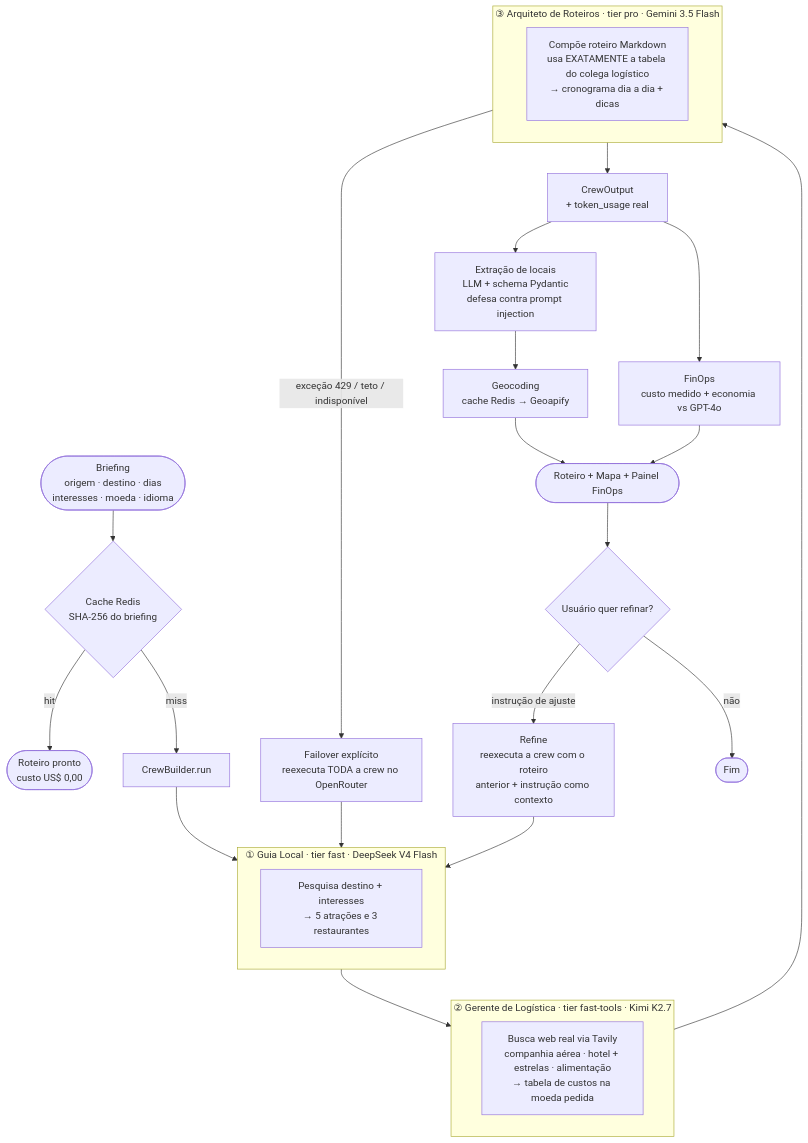
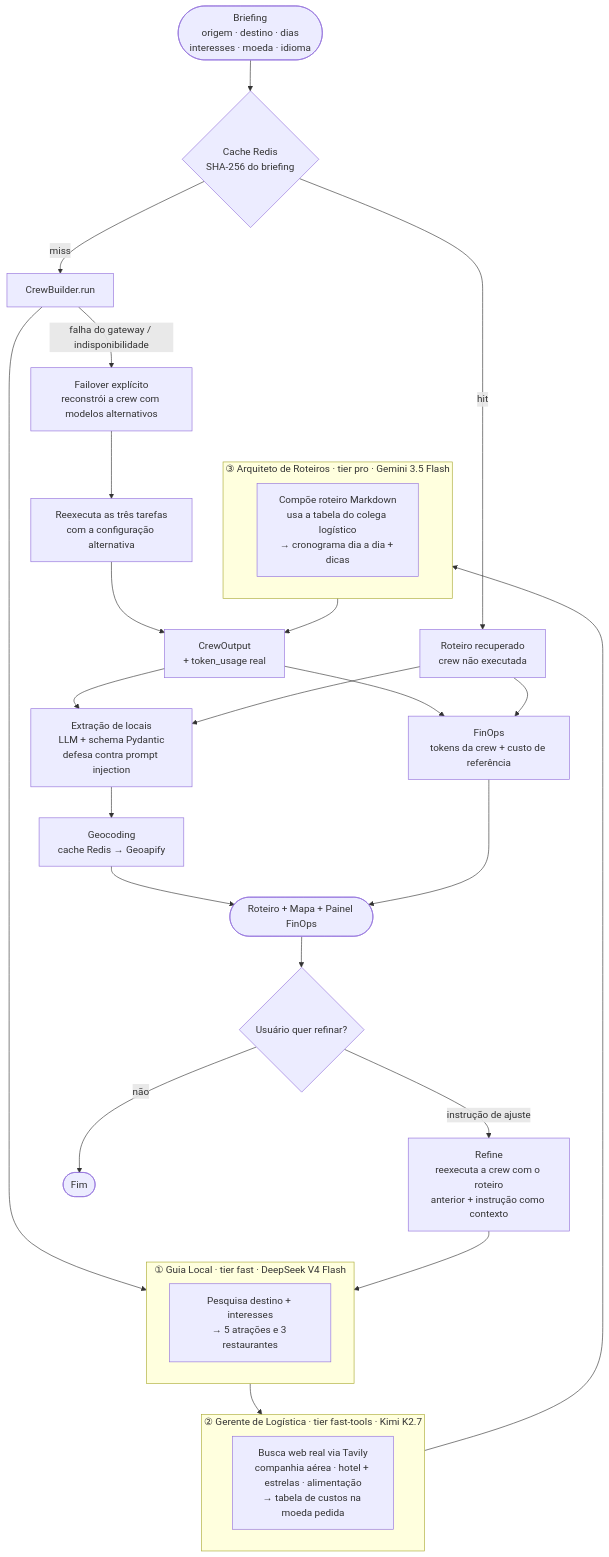
Before and after one commit to henriquebotelhogomes/agencia_viagens_ia: the second of 2 diagrams in README.md, drawn with Mermaid. The commit also changed other lines of this file, not shown here.

````diff
--- a/README.md
+++ b/README.md
@@ -118,42 +132,45 @@
 ```mermaid
 flowchart TD
-    B([Briefing<br/>origem · destino · dias<br/>interesses · moeda · idioma]) --> CACHE{Cache Redis<br/>SHA-256 do briefing}
+    B(["Briefing<br/>origem · destino · dias<br/>interesses · moeda · idioma"]) --> CACHE{"Cache Redis<br/>SHA-256 do briefing"}
 
-    CACHE -->|hit| HIT([Roteiro pronto<br/>custo US$ 0,00])
+    CACHE -->|hit| HIT["Roteiro recuperado<br/>crew não executada"]
 
-    CACHE -->|miss| RUN[CrewBuilder.run]
+    CACHE -->|miss| RUN["CrewBuilder.run"]
 
     RUN --> T1
 
     subgraph T1["① Guia Local · tier fast · DeepSeek V4 Flash"]
-        R1[Pesquisa destino + interesses<br/>→ 5 atrações e 3 restaurantes]
+        R1["Pesquisa destino + interesses<br/>→ 5 atrações e 3 restaurantes"]
     end
 
     T1 --> T2
 
     subgraph T2["② Gerente de Logística · tier fast-tools · Kimi K2.7"]
-        R2[Busca web real via Tavily<br/>companhia aérea · hotel + estrelas · alimentação<br/>→ tabela de custos na moeda pedida]
+        R2["Busca web real via Tavily<br/>companhia aérea · hotel + estrelas · alimentação<br/>→ tabela de custos na moeda pedida"]
     end
 
     T2 --> T3
 
     subgraph T3["③ Arquiteto de Roteiros · tier pro · Gemini 3.5 Flash"]
-        R3[Compõe roteiro Markdown<br/>usa EXATAMENTE a tabela do colega logístico<br/>→ cronograma dia a dia + dicas]
+        R3["Compõe roteiro Markdown<br/>usa a tabela do colega logístico<br/>→ cronograma dia a dia + dicas"]
     end
 
-    T3 -->|exceção 429 / teto / indisponível| FO[Failover explícito<br/>reexecuta TODA a crew no OpenRouter]
-    FO --> T1
+    RUN -->|falha do gateway / indisponibilidade| FO["Failover explícito<br/>reconstrói a crew com modelos alternativos"]
+    FO --> RETRY["Reexecuta as três tarefas<br/>com a configuração alternativa"]
 
-    T3 --> OK[CrewOutput<br/>+ token_usage real]
+    T3 --> OK["CrewOutput<br/>+ token_usage real"]
+    RETRY --> OK
 
-    OK --> GEO[Extração de locais<br/>LLM + schema Pydantic<br/>defesa contra prompt injection]
-    GEO --> GC[Geocoding<br/>cache Redis → Geoapify]
-    OK --> FIN[FinOps<br/>custo medido + economia vs GPT-4o]
+    OK --> GEO["Extração de locais<br/>LLM + schema Pydantic<br/>defesa contra prompt injection"]
+    HIT --> GEO
+    GEO --> GC["Geocoding<br/>cache Redis → Geoapify"]
+    OK --> FIN["FinOps<br/>tokens da crew + custo de referência"]
+    HIT --> FIN
 
-    GC & FIN --> OUT([Roteiro + Mapa + Painel FinOps])
+    GC & FIN --> OUT(["Roteiro + Mapa + Painel FinOps"])
 
-    OUT --> REF{Usuário quer refinar?}
-    REF -->|instrução de ajuste| RE[Refine<br/>reexecuta a crew com o roteiro<br/>anterior + instrução como contexto]
+    OUT --> REF{"Usuário quer refinar?"}
+    REF -->|instrução de ajuste| RE["Refine<br/>reexecuta a crew com o roteiro<br/>anterior + instrução como contexto"]
     RE --> T1
     REF -->|não| FIM([Fim])
 ```
````
